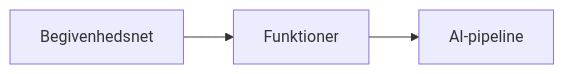
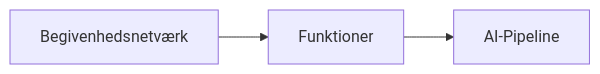
One commit to microsoft/AZD-for-beginners changed the second of 2 diagrams in translations/da/docs/chapter-08-production/README.md. Above: the diagram before and after it, drawn with Mermaid. The commit also changed other lines of this file and 61 other files, not shown here.

````diff
--- a/translations/da/docs/chapter-08-production/README.md
+++ b/translations/da/docs/chapter-08-production/README.md
@@ -57,4 +57,4 @@
 ```mermaid
 graph LR
-    EventGrid[Begivenhedsnet] --> Functions[Funktioner] --> Pipeline[AI-pipeline]
+    EventGrid[Begivenhedsnetværk] --> Functions[Funktioner] --> Pipeline[AI-Pipeline]
 ```
````
